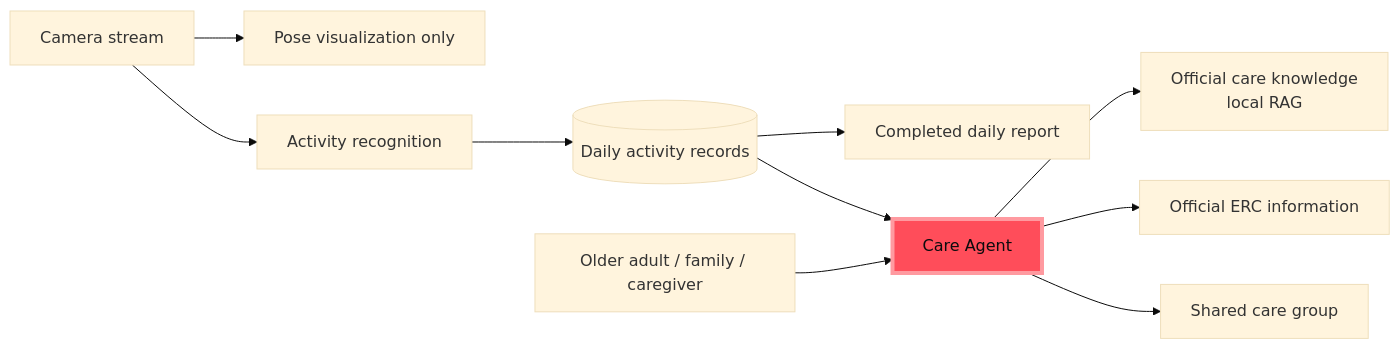
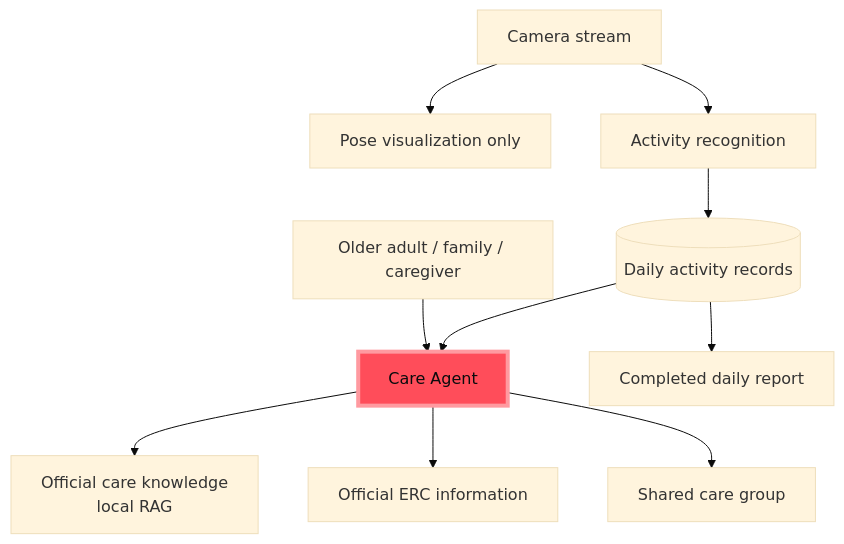
Before and after one commit to HenryyyW/ElderCare-showcase: the diagram in README.md, drawn with Mermaid (base theme). The commit also changed 1 other file, not shown here.

Commit message:
docs: clarify Care Agent architecture flow

````diff
--- a/README.md
+++ b/README.md
@@ -20,14 +20,14 @@
 ```mermaid
-flowchart LR
+flowchart TD
+    User[Older adult / family / caregiver] --> Agent[Care Agent]
     Camera[Camera stream] --> Privacy[Pose visualization only]
     Camera --> Activity[Activity recognition]
     Activity --> Records[(Daily activity records)]
+    Records --> Agent
     Records --> Reports[Completed daily report]
-    Records --> Agent[Care Agent]
-    User[Older adult / family / caregiver] --> Agent
-    Agent --> RAG[Official care knowledge\nlocal RAG]
+    Agent --> RAG[Official care knowledge<br/>local RAG]
     Agent --> ERC[Official ERC information]
     Agent --> Shared[Shared care group]
     classDef agent fill:#ff4d5a,stroke:#ff9aa0,color:#0b0b0d,stroke-width:4px;
     class Agent agent;
 ```
````
